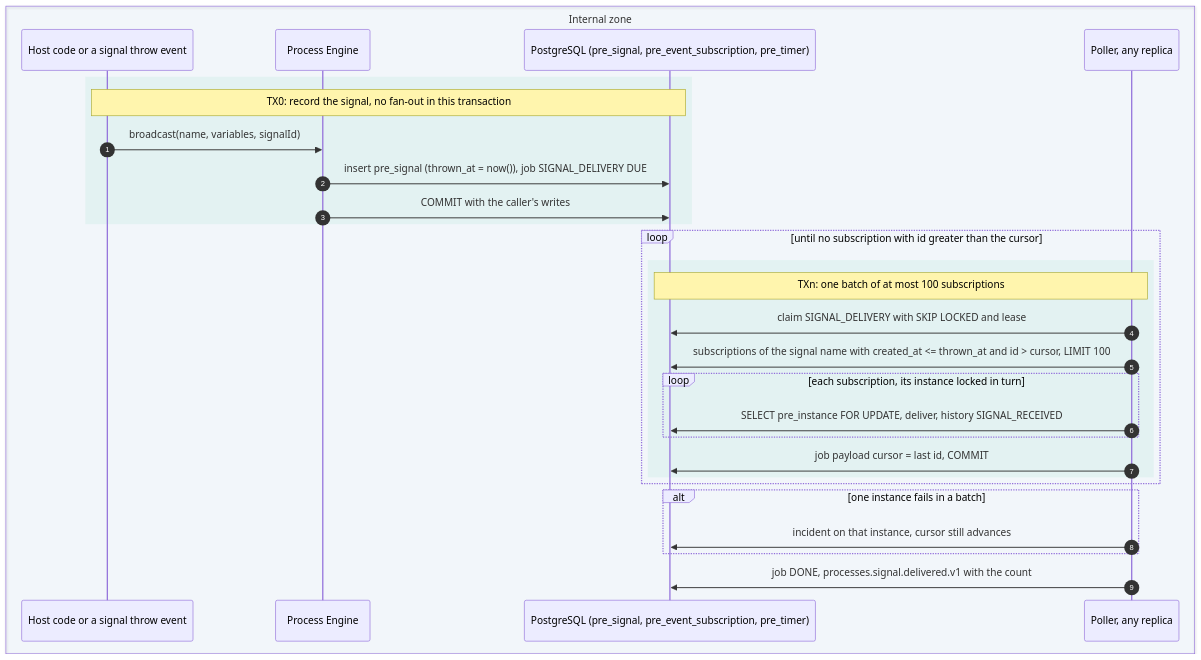
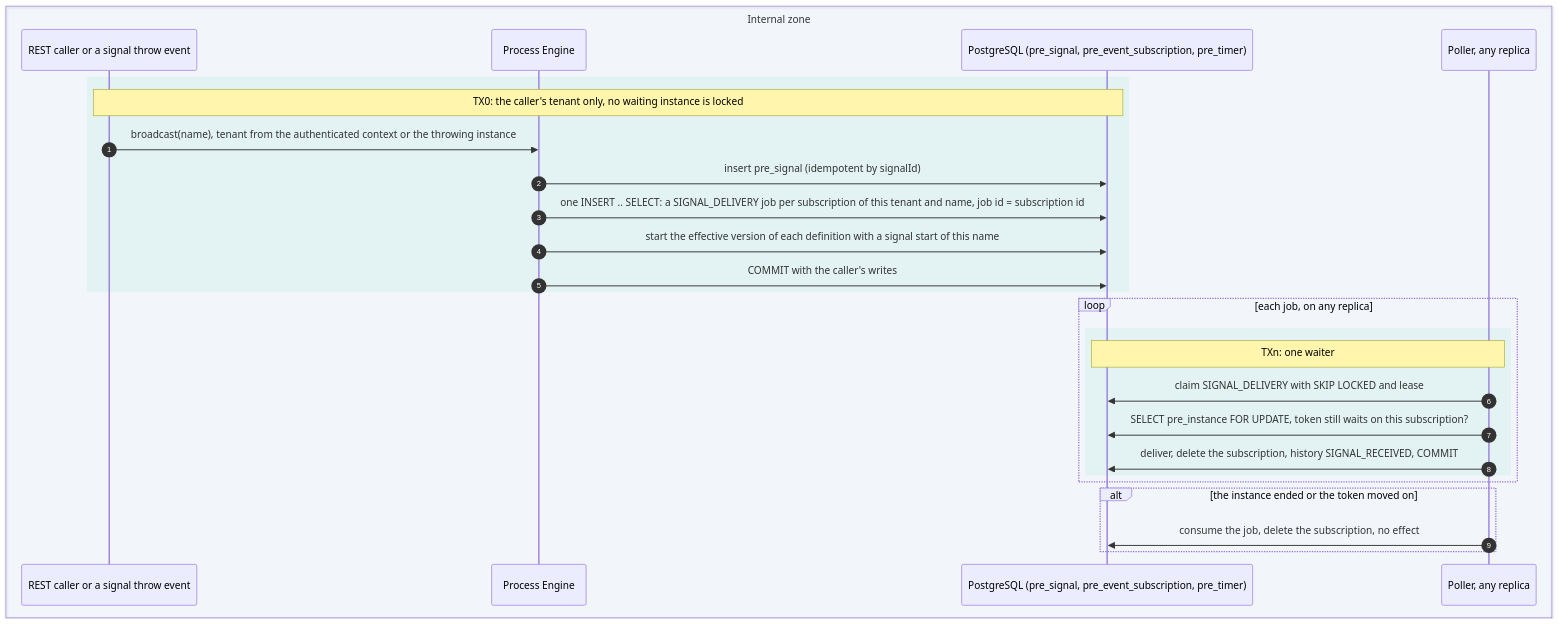
Before and after one commit to dhluong90/horus-Agentic-BPM: the diagram in docs/architecture/diagrams/signal-broadcast.mmd, drawn with Mermaid. The commit also changed 60 other files, not shown here.

```diff
--- a/docs/architecture/diagrams/signal-broadcast.mmd
+++ b/docs/architecture/diagrams/signal-broadcast.mmd
@@ -1,29 +1,27 @@
 sequenceDiagram
   autonumber
   box rgba(21,101,192,0.04) Internal zone
-    participant H as Host code or a signal throw event
+    participant H as REST caller or a signal throw event
     participant E as Process Engine
     participant DB as PostgreSQL (pre_signal, pre_event_subscription, pre_timer)
     participant W as Poller, any replica
   end
   rect rgba(224,242,241,0.8)
-    Note over H,DB: TX0: record the signal, no fan-out in this transaction
-    H->>E: broadcast(name, variables, signalId)
-    E->>DB: insert pre_signal (thrown_at = now()), job SIGNAL_DELIVERY DUE
+    Note over H,DB: TX0: the caller's tenant only, no waiting instance is locked
+    H->>E: broadcast(name), tenant from the authenticated context or the throwing instance
+    E->>DB: insert pre_signal (idempotent by signalId)
+    E->>DB: one INSERT .. SELECT: a SIGNAL_DELIVERY job per subscription of this tenant and name, job id = subscription id
+    E->>DB: start the effective version of each definition with a signal start of this name
     E->>DB: COMMIT with the caller's writes
   end
-  loop until no subscription with id greater than the cursor
+  loop each job, on any replica
     rect rgba(224,242,241,0.8)
-      Note over W,DB: TXn: one batch of at most 100 subscriptions
+      Note over W,DB: TXn: one waiter
       W->>DB: claim SIGNAL_DELIVERY with SKIP LOCKED and lease
-      W->>DB: subscriptions of the signal name with created_at <= thrown_at and id > cursor, LIMIT 100
-      loop each subscription, its instance locked in turn
-        W->>DB: SELECT pre_instance FOR UPDATE, deliver, history SIGNAL_RECEIVED
-      end
-      W->>DB: job payload cursor = last id, COMMIT
+      W->>DB: SELECT pre_instance FOR UPDATE, token still waits on this subscription?
+      W->>DB: deliver, delete the subscription, history SIGNAL_RECEIVED, COMMIT
     end
   end
-  alt one instance fails in a batch
-    W->>DB: incident on that instance, cursor still advances
+  alt the instance ended or the token moved on
+    W->>DB: consume the job, delete the subscription, no effect
   end
-  W->>DB: job DONE, processes.signal.delivered.v1 with the count
```
